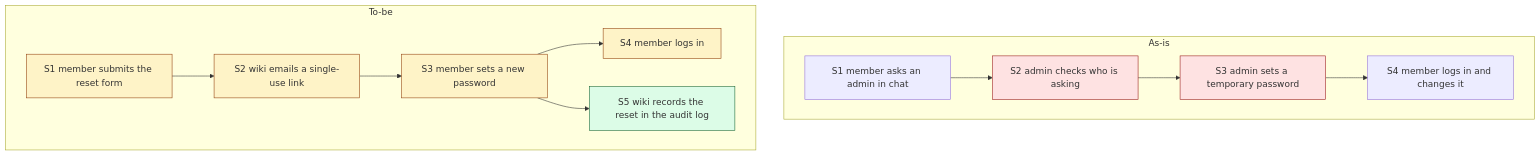
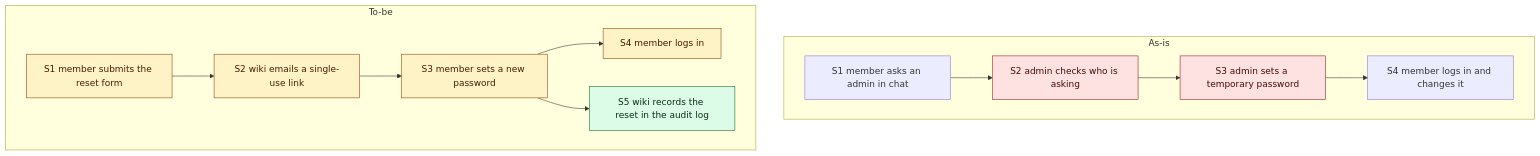
The fourth of 4 diagrams in skills/requirements/examples/feature-full/diagrams.md (dkoenawan/compass-labs), drawn with Mermaid before and after one commit. The commit also changed 29 other files, not shown here.

First line of the commit message:
fix: Diagram labels readable in dark mode (v2.2.1) — #66 (#76)

````diff
--- a/skills/requirements/examples/feature-full/diagrams.md
+++ b/skills/requirements/examples/feature-full/diagrams.md
@@ -113,17 +113,17 @@
 ```mermaid
 flowchart TD
-  classDef changed fill:#FEF3C7,stroke:#92400E
-  classDef new fill:#DCFCE7,stroke:#166534
-  classDef removed fill:#FEE2E2,stroke:#991B1B
+  classDef changed fill:#FEF3C7,stroke:#92400E,color:#451A03
+  classDef new fill:#DCFCE7,stroke:#166534,color:#052E16
+  classDef removed fill:#FEE2E2,stroke:#991B1B,color:#450A0A
   subgraph ASIS["As-is"]
     A1["S1 member asks an admin in chat"] --> A2["S2 admin checks who is asking"]:::removed
     A2 --> A3["S3 admin sets a temporary password"]:::removed
     A3 --> A4["S4 member logs in and changes it"]
   end
   subgraph TOBE["To-be"]
     B1["S1 member submits the reset form"]:::changed --> B2["S2 wiki emails a single-use link"]:::changed
     B2 --> B3["S3 member sets a new password"]:::changed
     B3 --> B4["S4 member logs in"]:::changed
     B3 --> B5["S5 wiki records the reset in the audit log"]:::new
   end
 ```
````
